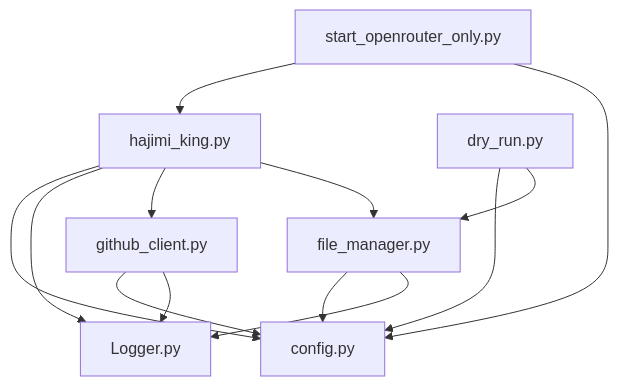
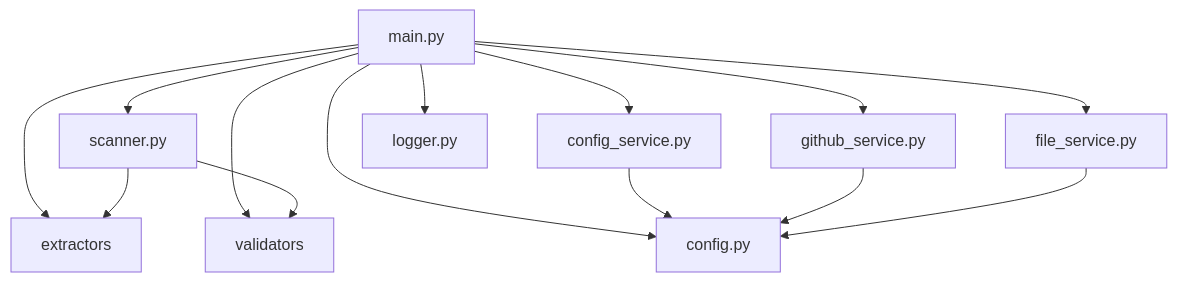
Before and after one commit to james-6-23/APIKEY-king: diagram 12 of 12 in .qoder/repowiki/zh/content/开发者指南/开发者指南.md, drawn with Mermaid. The commit also changed other lines of this file and 49 other files, not shown here.

````diff
--- a/.qoder/repowiki/zh/content/开发者指南/开发者指南.md
+++ b/.qoder/repowiki/zh/content/开发者指南/开发者指南.md
@@ -408,15 +449,16 @@
 ```mermaid
 graph TD
-A[hajimi_king.py] --> B[config.py]
-A --> C[Logger.py]
-A --> D[github_client.py]
-A --> E[file_manager.py]
-D --> B
+A[main.py] --> B[scanner.py]
+A --> C[config.py]
+A --> D[config_service.py]
+A --> E[github_service.py]
+A --> F[file_service.py]
+A --> G[extractors]
+A --> H[validators]
+A --> I[logger.py]
+B --> G
+B --> H
 D --> C
-E --> B
 E --> C
-F[dry_run.py] --> B
-F --> E
-G[start_openrouter_only.py] --> A
-G --> B
+F --> C
 ```
````
